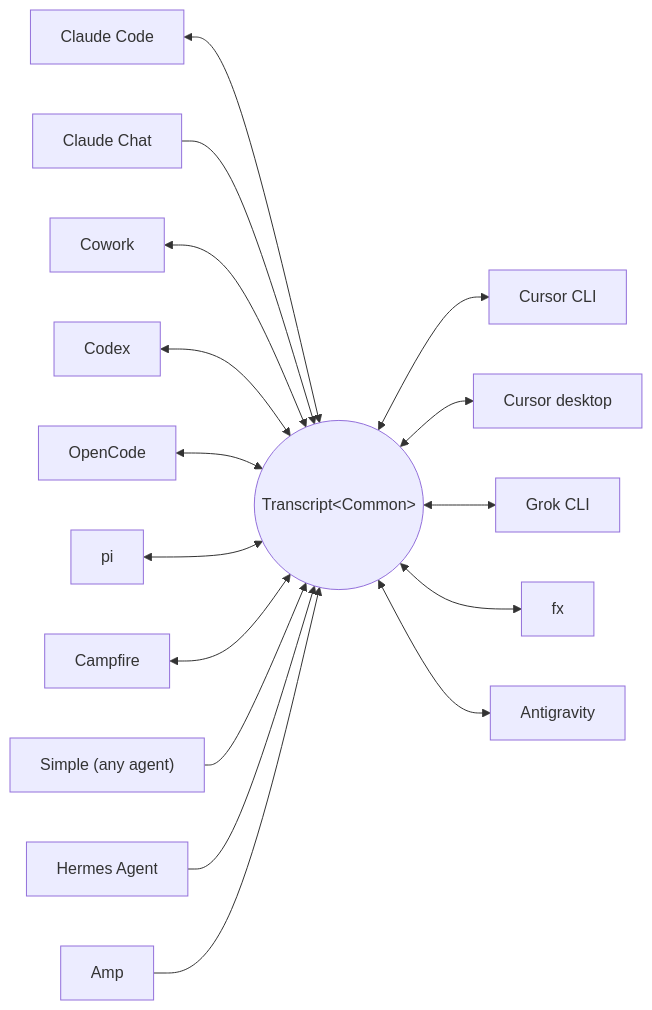
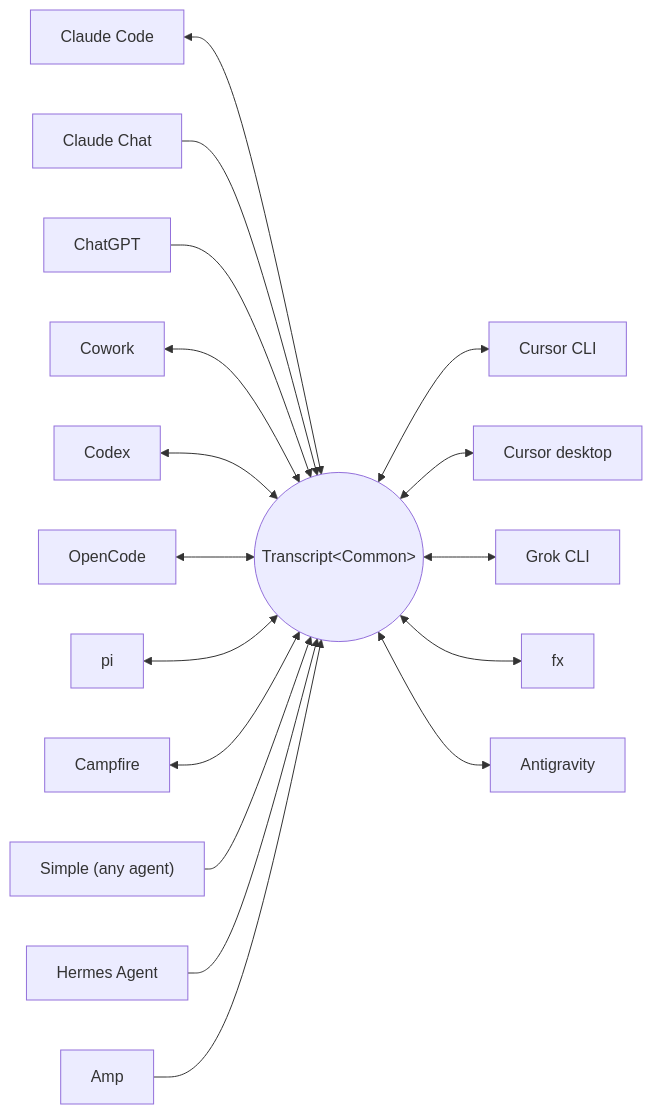
The diagram in README.md (Adityakk9031/txcript), drawn with Mermaid before and after one commit. The commit also changed other lines of this file and 13 other files, not shown here.

First line of the commit message:
Add live pull-only ChatGPT harness (#15)

````diff
--- a/README.md
+++ b/README.md
@@ -60,18 +60,19 @@
 ```mermaid
 flowchart LR
     claude["Claude Code"] <--> common(("Transcript&lt;Common&gt;"))
     claudechat["Claude Chat"] --> common
+    chatgpt["ChatGPT"] --> common
     cowork["Cowork"] <--> common
     codex["Codex"] <--> common
     opencode["OpenCode"] <--> common
     pi["pi"] <--> common
     campfire["Campfire"] <--> common
     common <--> cursor["Cursor CLI"]
     common <--> cursordesktop["Cursor desktop"]
     common <--> grok["Grok CLI"]
     common <--> fx["fx"]
     common <--> antigravity["Antigravity"]
     simple["Simple (any agent)"] --> common
     hermes["Hermes Agent"] --> common
     amp["Amp"] --> common
 ```
````
